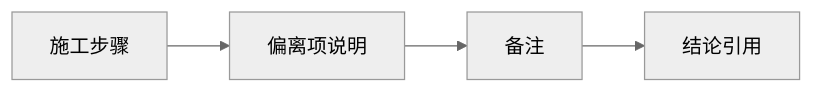
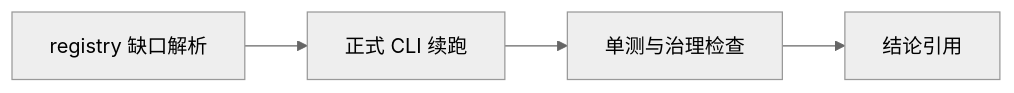
The diagram in docs/03-execution/records/75-raw-base-weekly-monthly-timeframe-ledger-bootstrap-record-20260416.md (everything-is-simple/lifespan-0.01), drawn with Mermaid (neutral theme) before and after one commit. The commit also changed other lines of this file and 8 other files, not shown here.

````diff
--- a/docs/03-execution/records/75-raw-base-weekly-monthly-timeframe-ledger-bootstrap-record-20260416.md
+++ b/docs/03-execution/records/75-raw-base-weekly-monthly-timeframe-ledger-bootstrap-record-20260416.md
@@ -22,6 +38,6 @@
 ```mermaid
 flowchart LR
-    STEP[施工步骤] --> DEV[偏离项说明]
-    DEV --> NOTE[备注]
-    NOTE --> CON[结论引用]
+    SCOPE[registry 缺口解析] --> CLI[正式 CLI 续跑]
+    CLI --> TEST[单测与治理检查]
+    TEST --> CON[结论引用]
 ```
````
